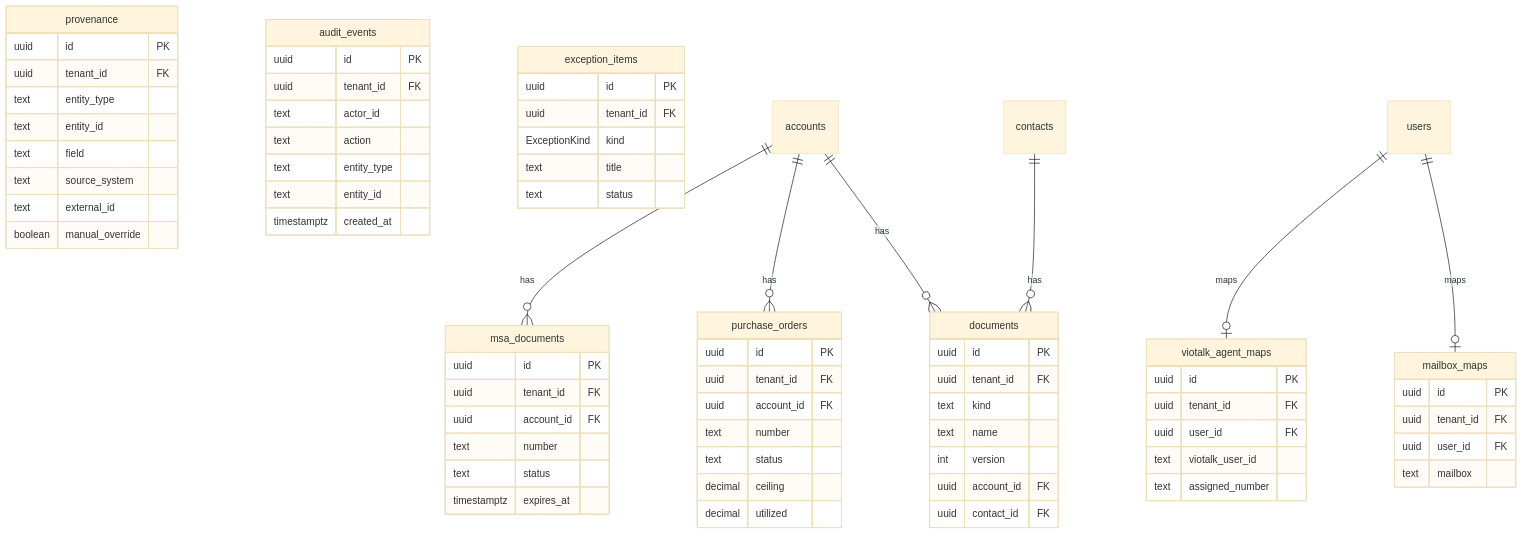
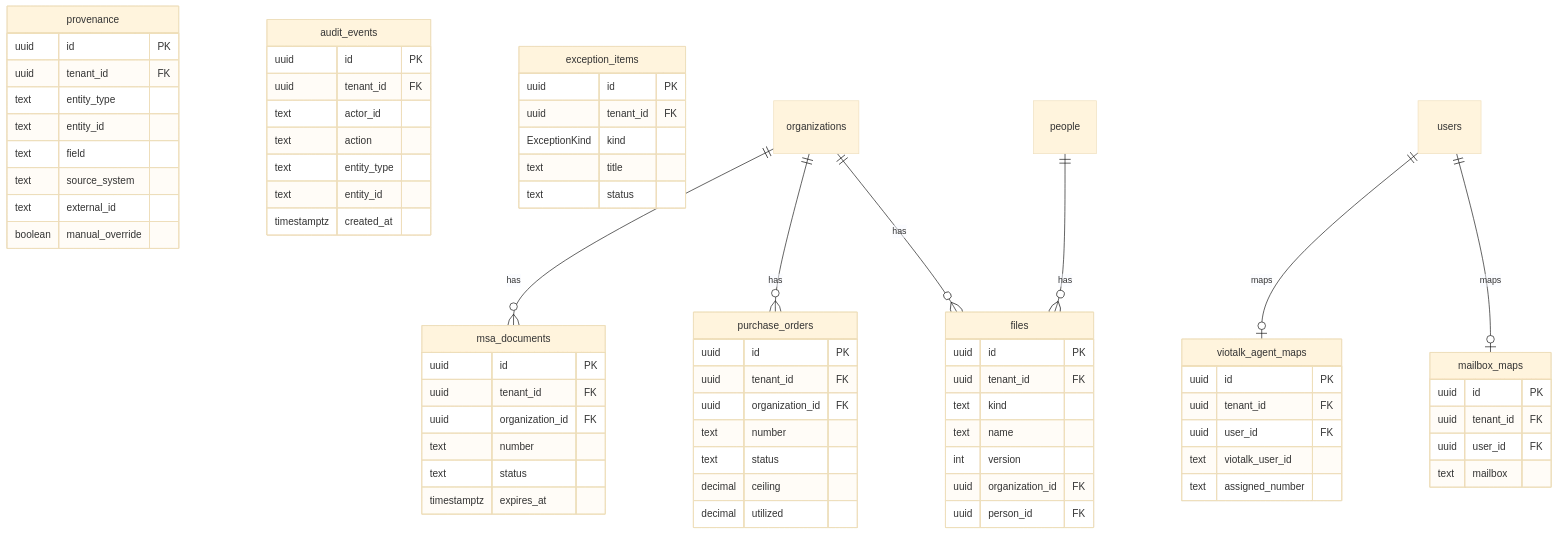
One commit to NityaSoftwareSolutionsInc/TalentBridge changed the sixth of 6 diagrams in docs/schema-er-diagram.md. Above: the diagram before and after it, drawn with Mermaid (base theme). The commit also changed other lines of this file and 30 other files, not shown here.

````diff
--- a/docs/schema-er-diagram.md
+++ b/docs/schema-er-diagram.md
@@ -306,75 +319,75 @@
 ```mermaid
 erDiagram
-  documents {
+  files {
     uuid id PK
     uuid tenant_id FK
     text kind
     text name
     int version
-    uuid account_id FK
-    uuid contact_id FK
+    uuid organization_id FK
+    uuid person_id FK
   }
   msa_documents {
     uuid id PK
     uuid tenant_id FK
-    uuid account_id FK
+    uuid organization_id FK
     text number
     text status
     timestamptz expires_at
   }
   purchase_orders {
     uuid id PK
     uuid tenant_id FK
-    uuid account_id FK
+    uuid organization_id FK
     text number
     text status
     decimal ceiling
     decimal utilized
   }
   provenance {
     uuid id PK
     uuid tenant_id FK
     text entity_type
     text entity_id
     text field
     text source_system
     text external_id
     boolean manual_override
   }
   audit_events {
     uuid id PK
     uuid tenant_id FK
     text actor_id
     text action
     text entity_type
     text entity_id
     timestamptz created_at
   }
   exception_items {
     uuid id PK
     uuid tenant_id FK
     ExceptionKind kind
     text title
     text status
   }
   viotalk_agent_maps {
     uuid id PK
     uuid tenant_id FK
     uuid user_id FK
     text viotalk_user_id
     text assigned_number
   }
   mailbox_maps {
     uuid id PK
     uuid tenant_id FK
     uuid user_id FK
     text mailbox
   }
 
-  accounts ||--o{ msa_documents : has
-  accounts ||--o{ purchase_orders : has
-  accounts ||--o{ documents : has
-  contacts ||--o{ documents : has
+  organizations ||--o{ msa_documents : has
+  organizations ||--o{ purchase_orders : has
+  organizations ||--o{ files : has
+  people ||--o{ files : has
   users ||--o| viotalk_agent_maps : maps
   users ||--o| mailbox_maps : maps
 ```
````
